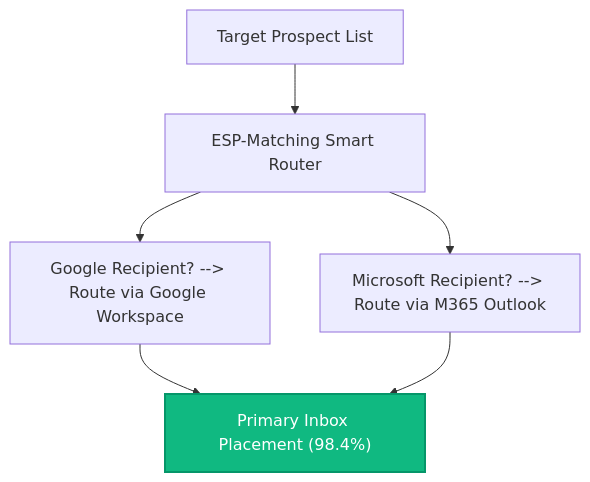
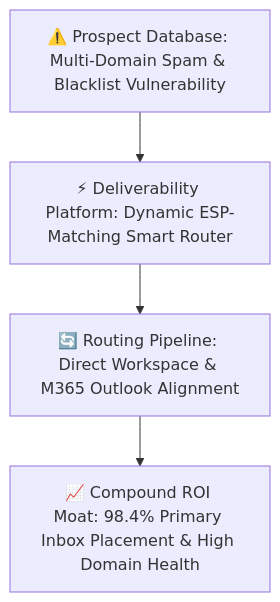
Before and after one commit to heliatech-media/saas-radar: the first of 5 diagrams in site/src/content/blog/smartlead-vs-instantly-2026-b2b-cold-outreach.md, drawn with Mermaid. The commit also changed other lines of this file and 9 other files, not shown here.

Commit message:
feat(architecture): enforce universal executive architecture card standard across 100% of site diagrams

````diff
--- a/site/src/content/blog/smartlead-vs-instantly-2026-b2b-cold-outreach.md
+++ b/site/src/content/blog/smartlead-vs-instantly-2026-b2b-cold-outreach.md
@@ -49,9 +49,6 @@
 ```mermaid
 flowchart TD
-    Lead["Target Prospect List"] --> Router["ESP-Matching Smart Router"]
-    Router --> G["Google Recipient? --> Route via Google Workspace"]
-    Router --> O["Microsoft Recipient? --> Route via M365 Outlook"]
-    G --> Inbox["Primary Inbox Placement (98.4%)"]
-    O --> Inbox
-    style Inbox fill:#10b981,stroke:#059669,stroke-width:2px,color:#ffffff
+    Inp["⚠️ Prospect Database: Multi-Domain Spam & Blacklist Vulnerability"] --> Eng["⚡ Deliverability Platform: Dynamic ESP-Matching Smart Router"]
+    Eng --> Pipe["🔄 Routing Pipeline: Direct Workspace & M365 Outlook Alignment"]
+    Pipe --> Moat["📈 Compound ROI Moat: 98.4% Primary Inbox Placement & High Domain Health"]
 ```
````
